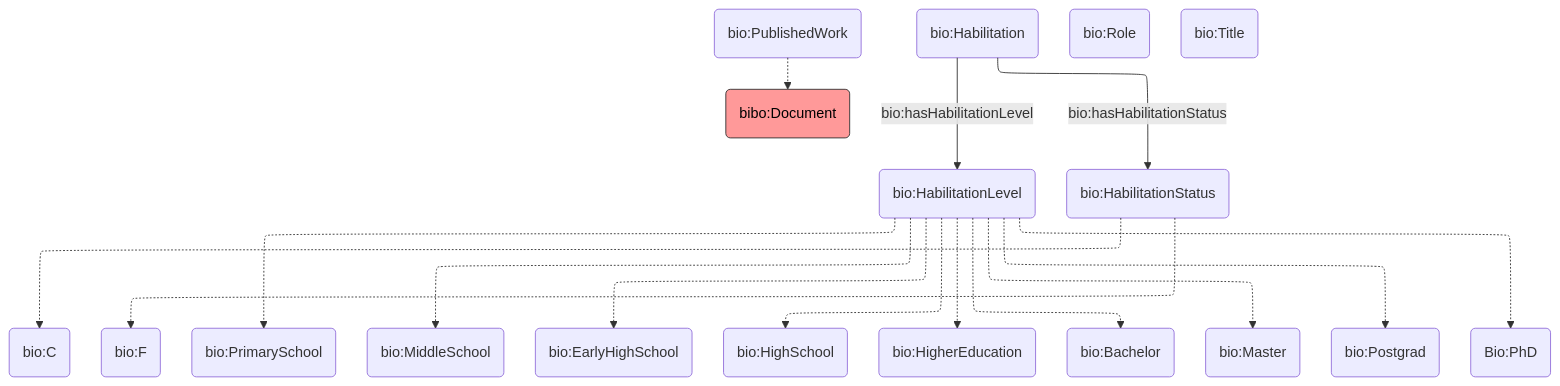
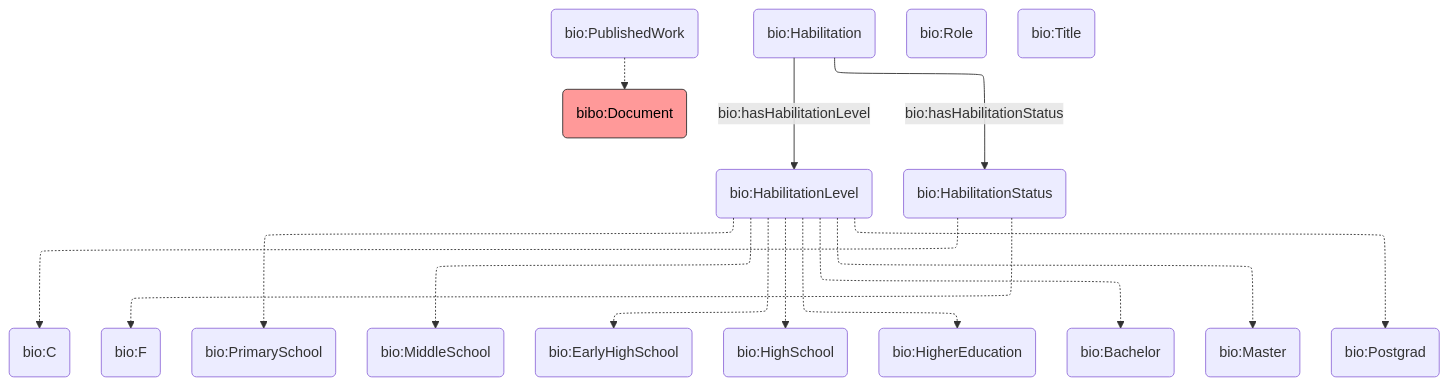
Before and after one commit to politrackpt/ontologies: the diagram in POLIS/AR/biographic/biographic.mmd, drawn with Mermaid.

```diff
--- a/POLIS/AR/biographic/biographic.mmd
+++ b/POLIS/AR/biographic/biographic.mmd
@@ -1,32 +1,32 @@
 ---
 config:
   layout: elk
 ---
 flowchart TB
     %%MP(m4s:Parliamentarian) -- bio:hasHabilitation --> Edu(bio:Habilitation)
     %%MP -- bio:hasTitle --> Title(bio:Title)
     %%MP -- bio:authorOf --> Document(bibo:Document)
     %%MP -- bio:hasRole --> Role(bio:Role)
     PublishedWork(bio:PublishedWork)-.-> Document(bibo:Document)
 
     Habilitation(bio:Habilitation) -- bio:hasHabilitationLevel --> Level(bio:HabilitationLevel)
     Habilitation -- bio:hasHabilitationStatus --> Status(bio:HabilitationStatus)
     Status -.-> C("bio:C")
     Status -.-> F("bio:F")
 
     Level -.-> bio:PrimarySchool("bio:PrimarySchool")
     Level -.-> bio:MiddleSchool("bio:MiddleSchool")
     Level -.-> bio:EarlyHighSchool("bio:EarlyHighSchool")
     Level -.-> bio:HighSchool("bio:HighSchool")
     Level -.-> bio:HigherEducation(" bio:HigherEducation")
     Level -.-> bio:Bachelor("bio:Bachelor")
     Level -.-> bio:Master("bio:Master")
     Level -.-> bio:Postgrad("bio:Postgrad")
-    Level -.-> bio:PhD("Bio:PhD")
+ 
 
     Role(bio:Role)
     Title(bio:Title)
 
     classDef outside fill:#FF9999,stroke:#333,color:#000
     %%classDef coreNamespace fill:#1E90FF,stroke:#333,color:#FFF
     class Document outside
```
